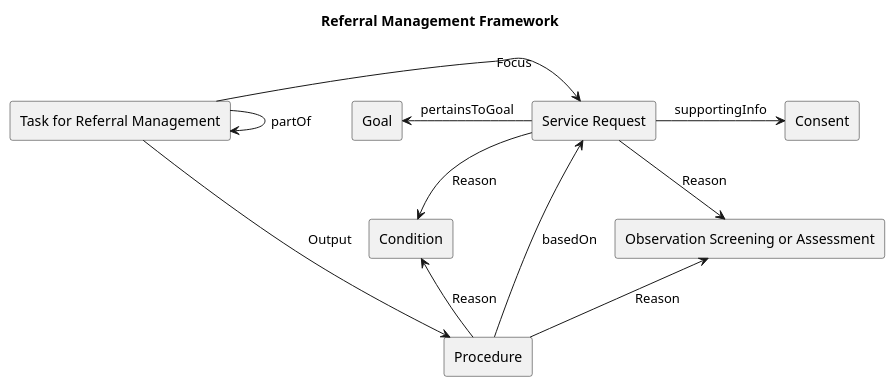
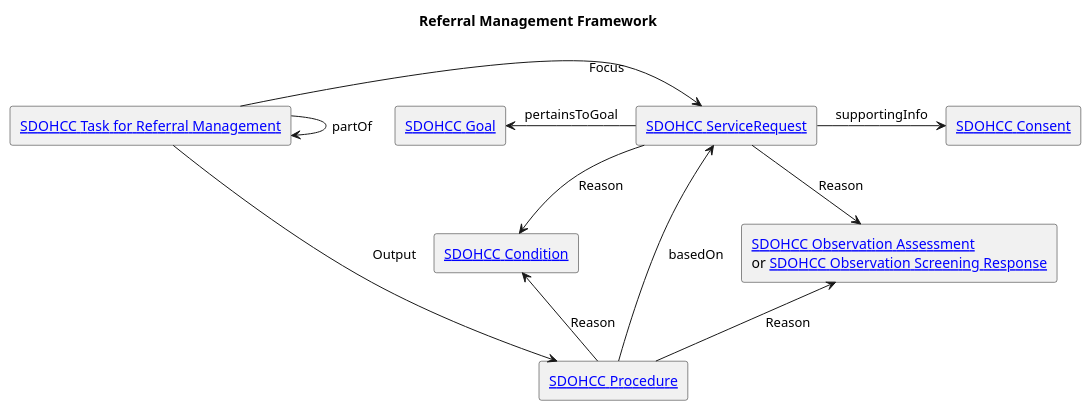
The diagram in input/images-source/ReferralManagement.plantuml (HL7/fhir-sdoh-clinicalcare), drawn with PlantUML before and after one commit. The commit also changed 21 other files, not shown here.

Commit message:
Additional Diagram updates

```diff
--- a/input/images-source/ReferralManagement.plantuml
+++ b/input/images-source/ReferralManagement.plantuml
@@ -1,25 +1,25 @@
 @startuml
 
 title "Referral Management Framework"
 
-agent "Goal" as G
-agent  "Task for Referral Management" as T
-agent  "Observation Screening or Assessment" as OSR
-agent  "Service Request" as SR
-agent  "Procedure" as P
-agent  "Condition" as Cond
-agent  "Consent" as Cons
+agent "[[StructureDefinition-SDOHCC-Goal.html SDOHCC Goal]]" as G
+agent  "[[StructureDefinition-SDOHCC-TaskForReferralManagement.html SDOHCC Task for Referral Management]]" as T
+agent  "[[StructureDefinition-SDOHCC-ObservationAssessment.html SDOHCC Observation Assessment]]\nor [[StructureDefinition-SDOHCC-ObservationScreeningResponse.html SDOHCC Observation Screening Response]]" as OSR
+agent  "[[StructureDefinition-SDOHCC-ServiceRequest.html SDOHCC ServiceRequest]]" as SR
+agent  "[[StructureDefinition-SDOHCC-Procedure.html SDOHCC Procedure]]" as P
+agent  "[[StructureDefinition-SDOHCC-Condition.html SDOHCC Condition]]" as Cond
+agent  "[[StructureDefinition-SDOHCC-Consent.html SDOHCC Consent]]" as Cons
 
 SR -l-> G : pertainsToGoal
 SR -r-> Cons : supportingInfo
 SR -d-> OSR : Reason
 SR -d-> Cond : Reason
 P -u-> SR : basedOn
 P -u-> Cond : Reason
 P -u-> OSR : Reason
 T -> SR : Focus
 T -> P : Output
 T -> T : partOf
 T -[hidden]r-> Cons : hidden link to ensure G is rendered after T
 
 @enduml
```
